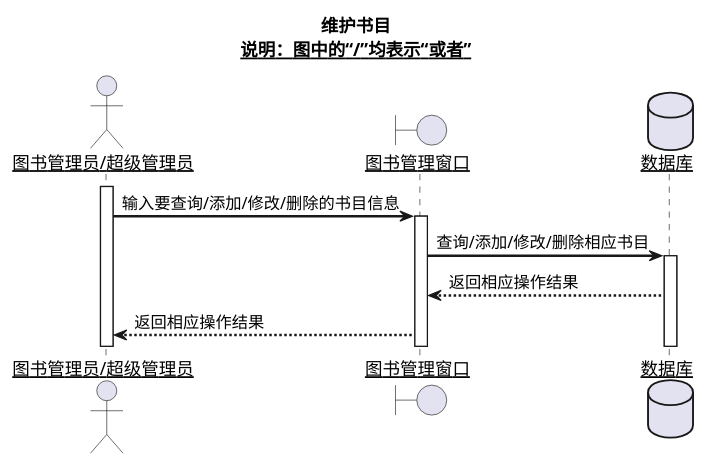
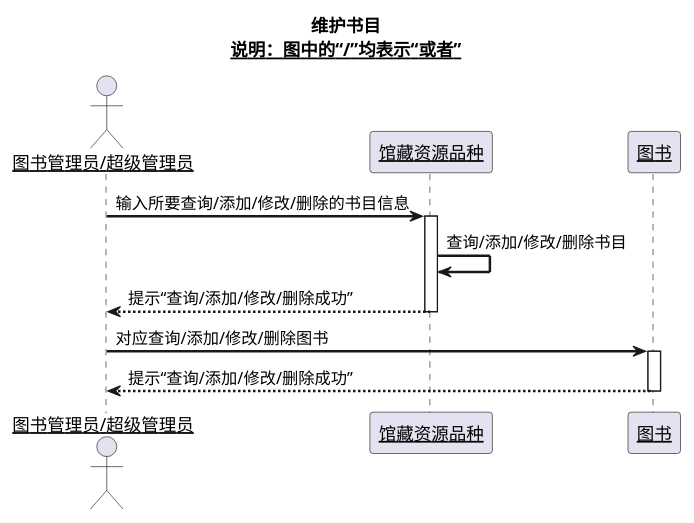
The diagram in test4/sequence8.md (Landy7/is_analysis), drawn with PlantUML before and after one commit. The commit also changed 24 other files, not shown here.

```diff
--- a/test4/sequence8.md
+++ b/test4/sequence8.md
@@ -1,19 +1,21 @@
 @startuml
 title
  维护书目
  <u>说明：图中的“/”均表示“或者”</u>
 end title
 skinparam sequenceArrowThickness 2
 skinparam maxmessagesize 60
 skinparam sequenceParticipant underline
 actor "图书管理员/超级管理员" as U
-boundary "图书管理窗口" as A
-database "数据库" as B
-activate U
-U ->A:输入要查询/添加/修改/删除的书目信息
+participant "馆藏资源品种" as A
+participant "图书" as B
+U ->A:输入所要查询/添加/修改/删除的书目信息
 activate A
-A ->B:查询/添加/修改/删除相应书目
+A ->A:查询/添加/修改/删除书目
+A -->U:提示“查询/添加/修改/删除成功”
+deactivate A
+U ->B:对应查询/添加/修改/删除图书
 activate B
-B -->A:返回相应操作结果
-A -->U:返回相应操作结果
+B -->U:提示“查询/添加/修改/删除成功”
+deactivate B
 @enduml
```
